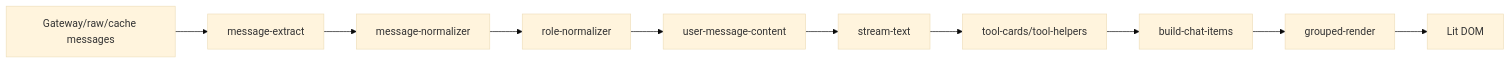
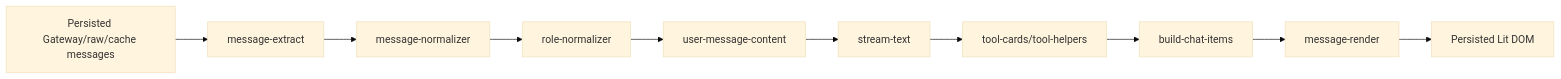
The second of 3 diagrams in docs/architecture/15-chat-rendering.md (liangxhao/JustDo), drawn with Mermaid (base theme) before and after one commit. The commit also changed other lines of this file and 40 other files, not shown here.

Commit message:
feat(cowork): refactor chat message timeline

````diff
--- a/docs/architecture/15-chat-rendering.md
+++ b/docs/architecture/15-chat-rendering.md
@@ -164,12 +203,12 @@
 ```mermaid
 flowchart LR
-  Raw["Gateway/raw/cache messages"] --> Extract["message-extract"]
+  Raw["Persisted Gateway/raw/cache messages"] --> Extract["message-extract"]
   Extract --> Normalize["message-normalizer"]
   Normalize --> Role["role-normalizer"]
   Role --> UserContent["user-message-content"]
   UserContent --> Stream["stream-text"]
   Stream --> Tools["tool-cards/tool-helpers"]
   Tools --> Build["build-chat-items"]
-  Build --> Grouped["grouped-render"]
-  Grouped --> DOM["Lit DOM"]
+  Build --> MessageRender["message-render"]
+  MessageRender --> DOM["Persisted Lit DOM"]
 ```
````
